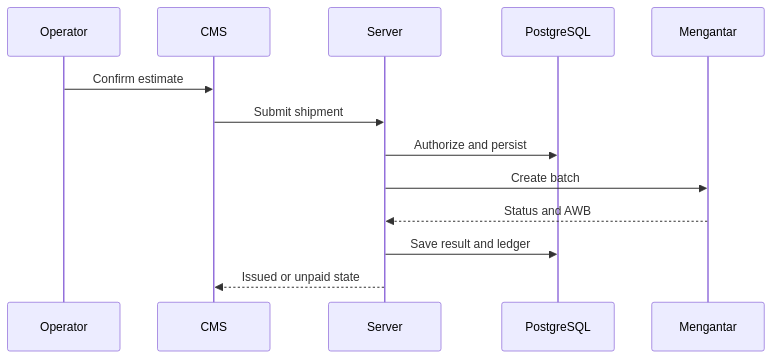
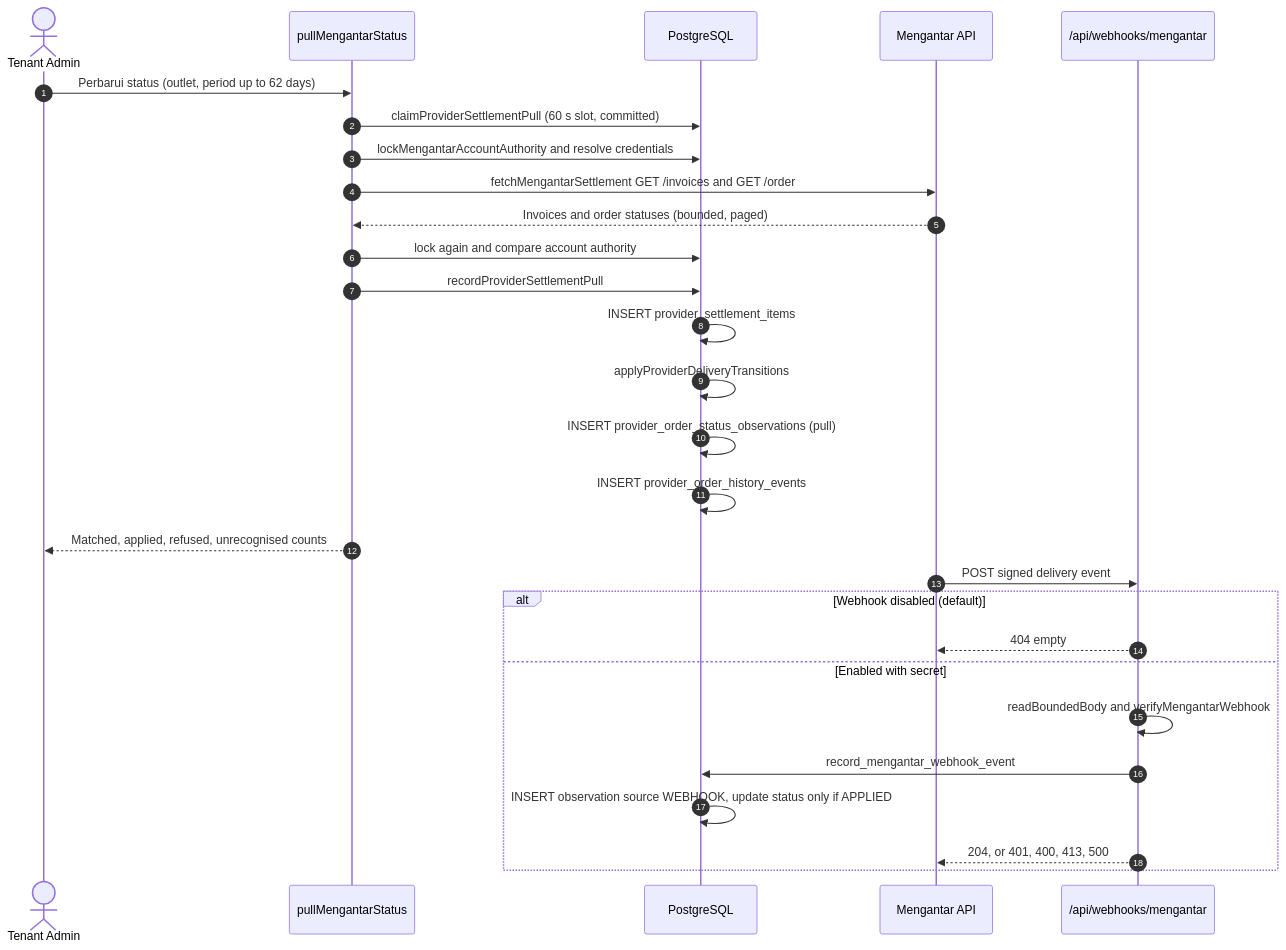
One commit to ongkipro/geraicuan changed the fourth of 6 diagrams in docs/spec/03-TECHNICAL-DESIGN.md. Above: the diagram before and after it, drawn with Mermaid. The commit also changed other lines of this file and 13 other files, not shown here.

First line of the commit message:
docs: reconcile architecture, data model, system map and queue with the v3 tree (T-276)

````diff
--- a/docs/spec/03-TECHNICAL-DESIGN.md
+++ b/docs/spec/03-TECHNICAL-DESIGN.md
@@ -147,15 +363,30 @@
 ```mermaid
 sequenceDiagram
-    participant O as Operator
-    participant UI as CMS
-    participant S as Server
+    autonumber
+    actor TA as Tenant Admin
+    participant S as pullMengantarStatus
     participant DB as PostgreSQL
-    participant M as Mengantar
-    O->>UI: Confirm estimate
-    UI->>S: Submit shipment
-    S->>DB: Authorize and persist
-    S->>M: Create batch
-    M-->>S: Status and AWB
-    S->>DB: Save result and ledger
-    S-->>UI: Issued or unpaid state
+    participant M as Mengantar API
+    participant W as /api/webhooks/mengantar
+    TA->>S: Perbarui status (outlet, period up to 62 days)
+    S->>DB: claimProviderSettlementPull (60 s slot, committed)
+    S->>DB: lockMengantarAccountAuthority and resolve credentials
+    S->>M: fetchMengantarSettlement GET /invoices and GET /order
+    M-->>S: Invoices and order statuses (bounded, paged)
+    S->>DB: lock again and compare account authority
+    S->>DB: recordProviderSettlementPull
+    DB->>DB: INSERT provider_settlement_items
+    DB->>DB: applyProviderDeliveryTransitions
+    DB->>DB: INSERT provider_order_status_observations (pull)
+    DB->>DB: INSERT provider_order_history_events
+    S-->>TA: Matched, applied, refused, unrecognised counts
+    M->>W: POST signed delivery event
+    alt Webhook disabled (default)
+        W-->>M: 404 empty
+    else Enabled with secret
+        W->>W: readBoundedBody and verifyMengantarWebhook
+        W->>DB: record_mengantar_webhook_event
+        DB->>DB: INSERT observation source WEBHOOK, update status only if APPLIED
+        W-->>M: 204, or 401, 400, 413, 500
+    end
 ```
````
